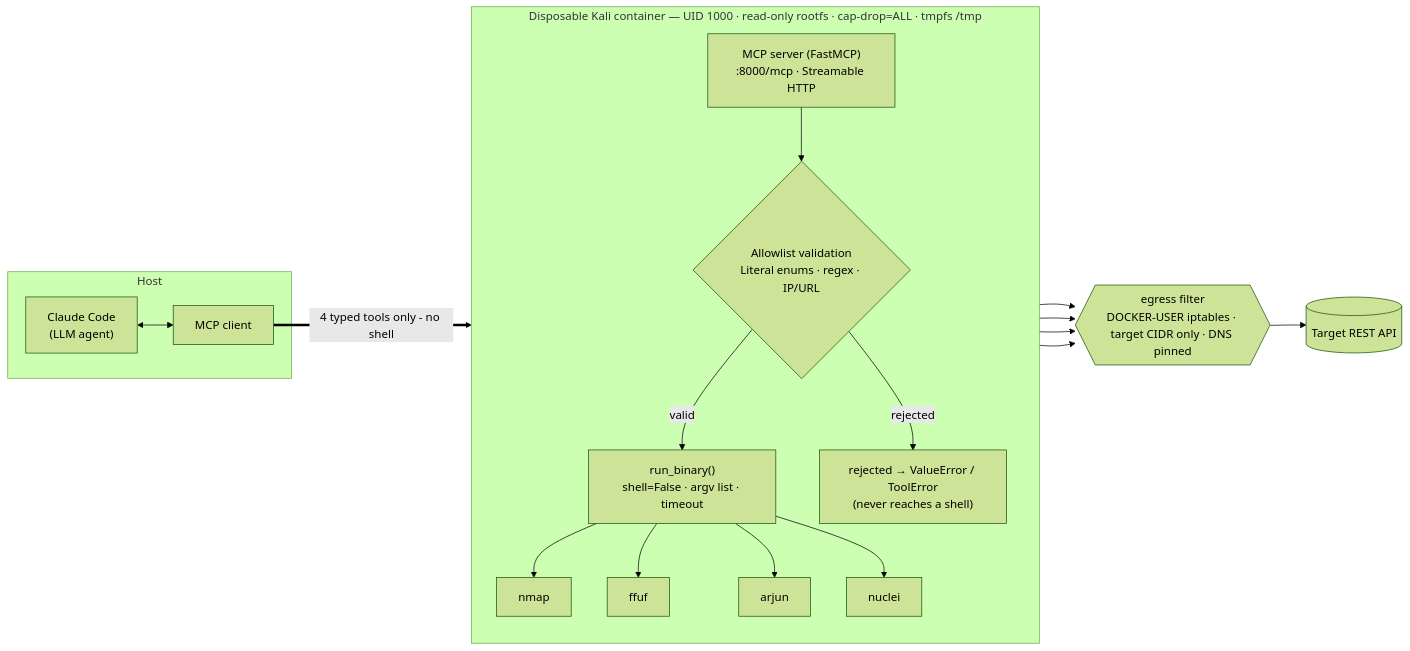
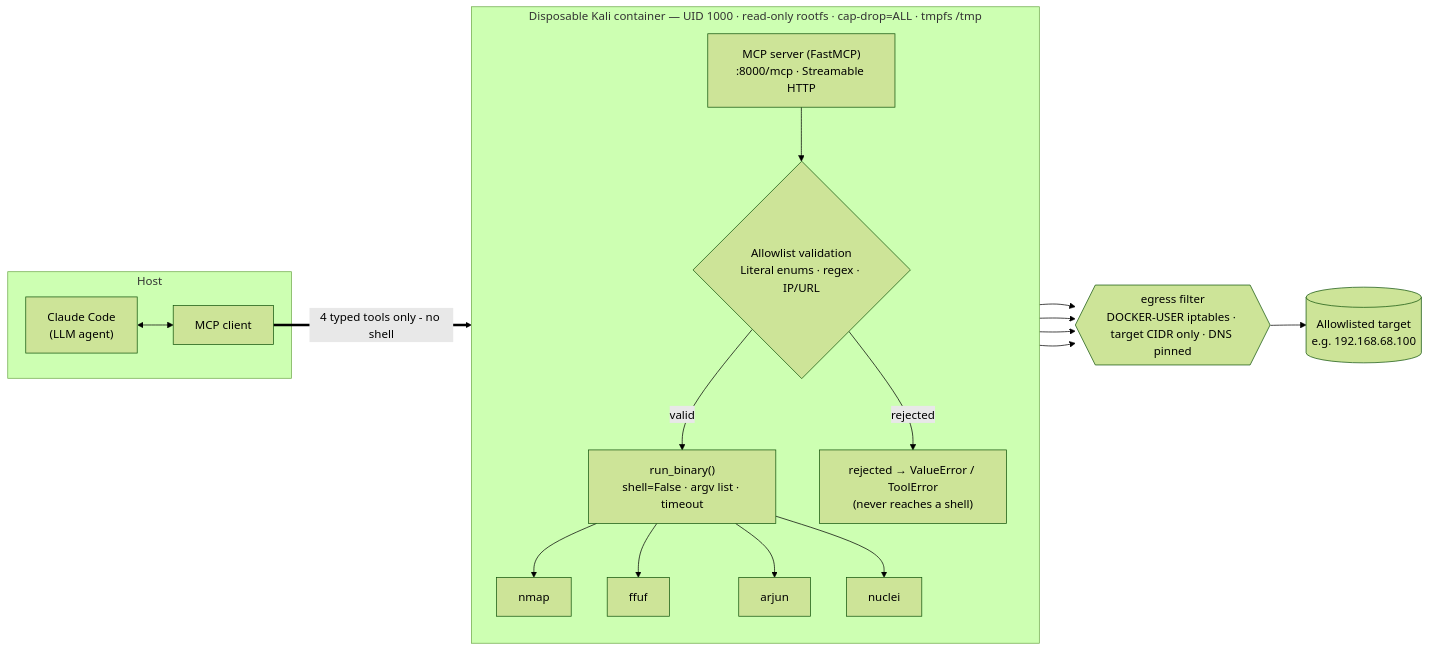
One commit to alfredojrc/api-redbox-mcp changed the diagram in README.md. Above: the diagram before and after it, drawn with Mermaid (forest theme). The commit also changed other lines of this file and 5 other files, not shown here.

````diff
--- a/README.md
+++ b/README.md
@@ -17,31 +17,31 @@
 ```mermaid
 flowchart LR
     subgraph HOST["Host"]
         CC["Claude Code<br/>(LLM agent)"] <--> MC["MCP client"]
     end
 
     subgraph BOX["Disposable Kali container — UID 1000 · read-only rootfs · cap-drop=ALL · tmpfs /tmp"]
         direction TB
         SRV["MCP server (FastMCP)<br/>:8000/mcp · Streamable HTTP"]
         VAL{"Allowlist validation<br/>Literal enums · regex · IP/URL"}
         RB["run_binary()<br/>shell=False · argv list · timeout"]
         ERR["rejected → ValueError / ToolError<br/>(never reaches a shell)"]
         SRV --> VAL
         VAL -- valid --> RB
         VAL -- rejected --> ERR
         RB --> T1["nmap"]
         RB --> T2["ffuf"]
         RB --> T3["arjun"]
         RB --> T4["nuclei"]
     end
 
     EG{{"egress filter<br/>DOCKER-USER iptables · target CIDR only · DNS pinned"}}
-    API[("Target REST API")]
+    API[("Allowlisted target<br/>e.g. 192.168.68.100")]
 
     MC ==>|"4 typed tools only - no shell"| SRV
     T1 --> EG
     T2 --> EG
     T3 --> EG
     T4 --> EG
     EG --> API
 ```
````
